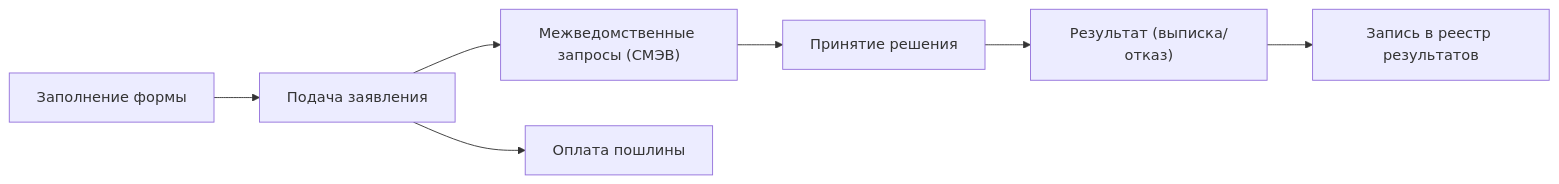
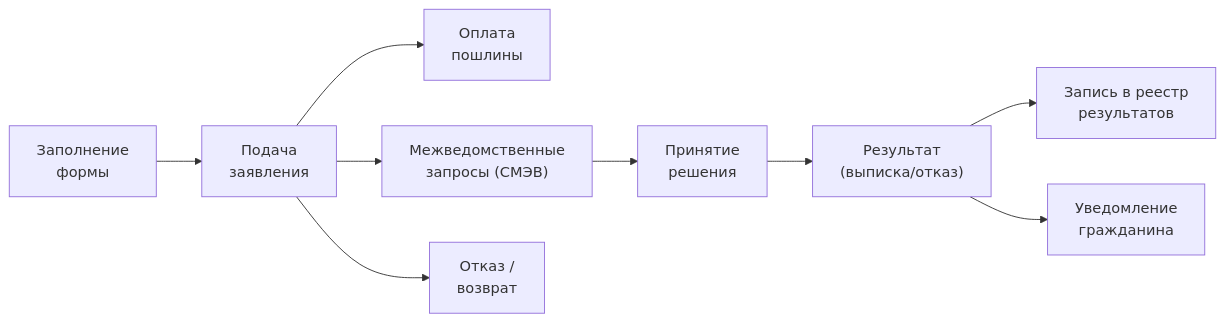
The second of 2 diagrams in docs/specialization/govtech-portal.md (sergeyodnoval-bot/sysanalyst-kb.github.io), drawn with Mermaid before and after one commit. The commit also changed other lines of this file and 13 other files, not shown here.

````diff
--- a/docs/specialization/govtech-portal.md
+++ b/docs/specialization/govtech-portal.md
@@ -46,9 +106,11 @@
 ```mermaid
 flowchart LR
-    F["Заполнение формы"] --> SUB["Подача заявления"]
-    SUB --> INTER["Межведомственные запросы (СМЭВ)"]
-    INTER --> DEC["Принятие решения"]
-    DEC --> RES["Результат (выписка/отказ)"]
-    RES --> STR["Запись в реестр результатов"]
-    SUB --> PAYMENT["Оплата пошлины"]
+    F["Заполнение<br/>формы"] --> SUB["Подача<br/>заявления"]
+    SUB --> PAYMENT["Оплата<br/>пошлины"]
+    SUB --> INTER["Межведомственные<br/>запросы (СМЭВ)"]
+    INTER --> DEC["Принятие<br/>решения"]
+    DEC --> RES["Результат<br/>(выписка/отказ)"]
+    RES --> STR["Запись в реестр<br/>результатов"]
+    RES --> NOTIFY["Уведомление<br/>гражданина"]
+    SUB --> REJ["Отказ /<br/>возврат"]
 ```
````
